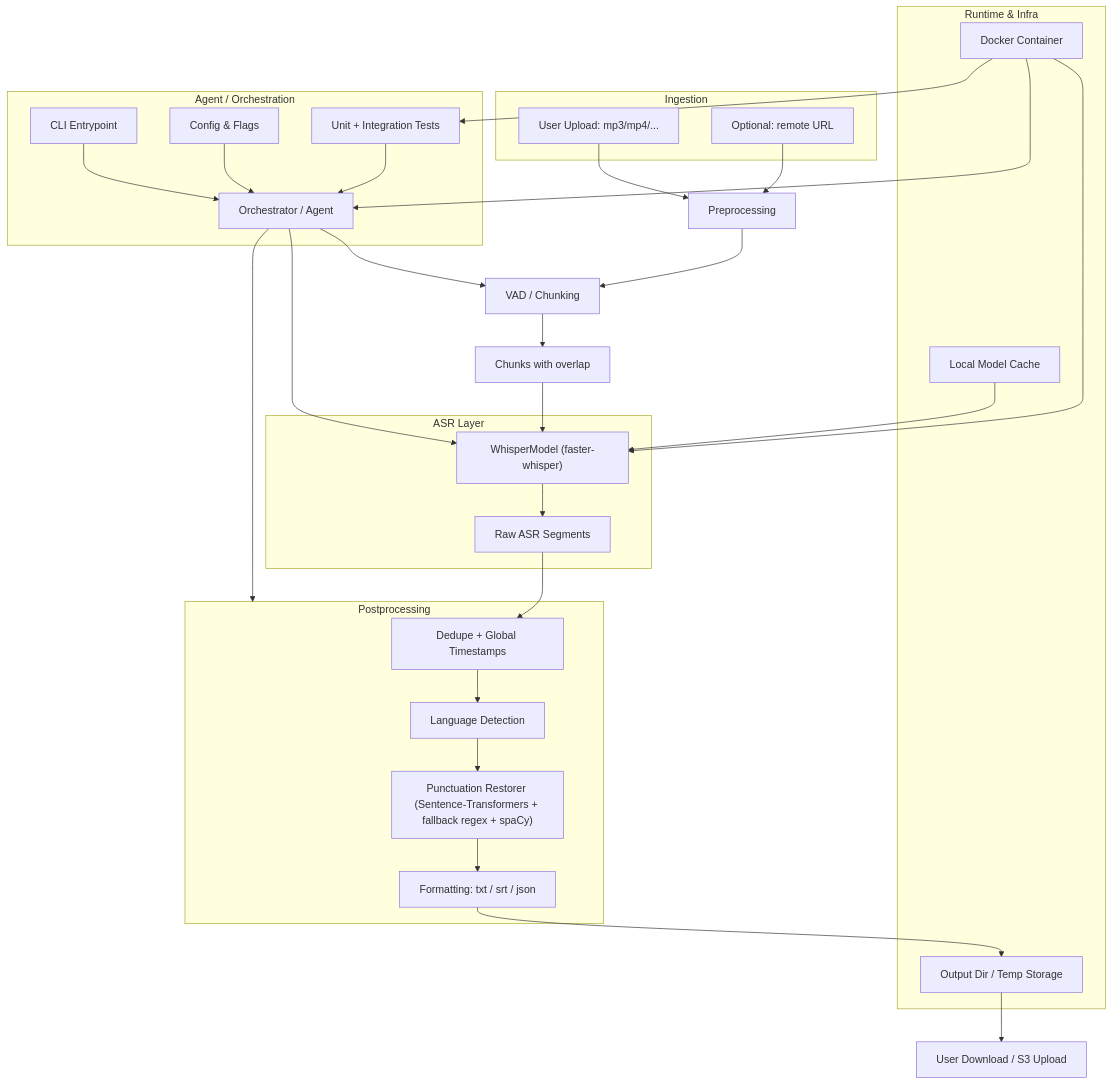
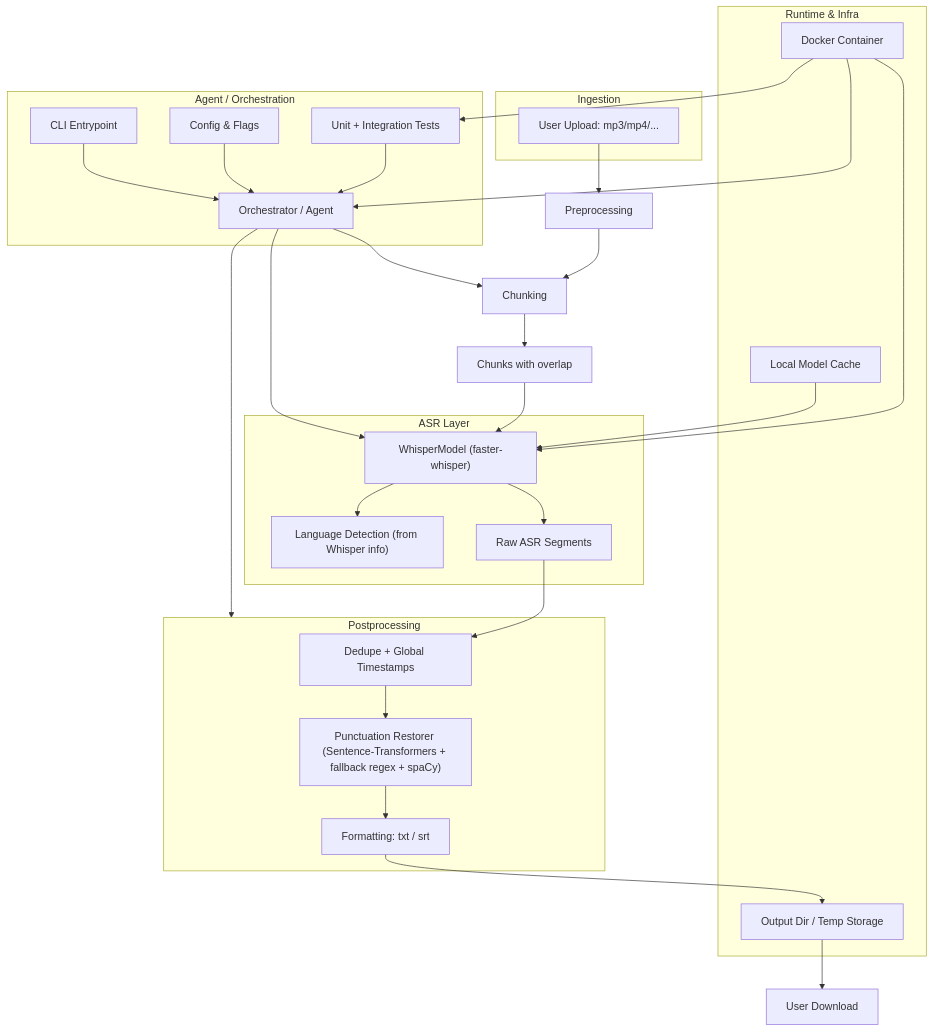
The diagram in ARCHITECTURE.md (algernon725/podscripter), drawn with Mermaid before and after one commit.

Commit message:
Fix: accuracy of architecture.md

````diff
--- a/ARCHITECTURE.md
+++ b/ARCHITECTURE.md
@@ -15,54 +15,54 @@
 ```mermaid
 flowchart TD
   subgraph infra["Runtime & Infra"]
     Dock["Docker Container"]
     ModelCache["Local Model Cache"]
     Storage["Output Dir / Temp Storage"]
   end
 
   subgraph ingestion["Ingestion"]
     Upload["User Upload: mp3/mp4/..."]
-    URLFetch["Optional: remote URL"]
   end
 
   Upload --> Pre["Preprocessing"]
-  URLFetch --> Pre
 
-  Pre --> VAD["VAD / Chunking"]
-  VAD --> Chunks["Chunks with overlap"]
+  Pre --> Chunking["Chunking"]
+  Chunking --> Chunks["Chunks with overlap"]
 
   subgraph asr["ASR Layer"]
     FW["WhisperModel (faster-whisper)"]
+    LangDetect["Language Detection (from Whisper info)"]
     ASRraw["Raw ASR Segments"]
   end
-  Chunks --> FW --> ASRraw
+  Chunks --> FW
+  FW --> ASRraw
+  FW --> LangDetect
 
   subgraph post["Postprocessing"]
     Dedup["Dedupe + Global Timestamps"]
-    LangDetect["Language Detection"]
     Punct["Punctuation Restorer (Sentence-Transformers + fallback regex + spaCy)"]
-    Format["Formatting: txt / srt / json"]
+    Format["Formatting: txt / srt"]
   end
 
-  ASRraw --> Dedup --> LangDetect --> Punct --> Format --> Storage
+  ASRraw --> Dedup --> Punct --> Format --> Storage
 
   subgraph agent["Agent / Orchestration"]
     CLI["CLI Entrypoint"]
     Orch["Orchestrator / Agent"]
     Config["Config & Flags"]
     Tests["Unit + Integration Tests"]
   end
 
   Dock --> FW
   Dock --> Orch
   Dock --> Tests
   ModelCache --> FW
   Config --> Orch
   CLI --> Orch
-  Orch --> VAD
+  Orch --> Chunking
   Orch --> FW
   Orch --> post
   Tests --> Orch
 
-  Storage --> User["User Download / S3 Upload"]
+  Storage --> User["User Download"]
 ```
````
